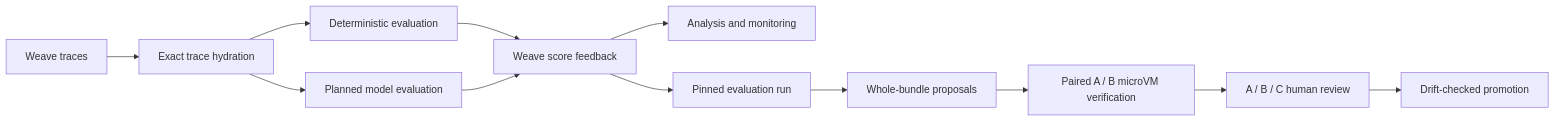
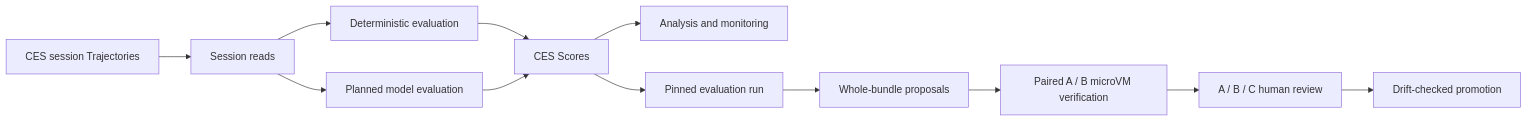
The diagram in specs/DESIGN.md (mattliu-mygit/Monopole), drawn with Mermaid before and after one commit. The commit also changed other lines of this file and 5 other files, not shown here.

First line of the commit message:
docs: describe CES as Monopole's source of sessions and Scores

````diff
--- a/specs/DESIGN.md
+++ b/specs/DESIGN.md
@@ -10,14 +10,14 @@
 ```mermaid
 flowchart LR
-    A["Weave traces"] --> B["Exact trace hydration"]
+    A["CES session Trajectories"] --> B["Session reads"]
     B --> C["Deterministic evaluation"]
     B --> D["Planned model evaluation"]
-    C --> E["Weave score feedback"]
+    C --> E["CES Scores"]
     D --> E
     E --> F["Analysis and monitoring"]
     E --> G["Pinned evaluation run"]
     G --> H["Whole-bundle proposals"]
     H --> P["Paired A / B microVM verification"]
     P --> I["A / B / C human review"]
     I --> J["Drift-checked promotion"]
 ```
````
